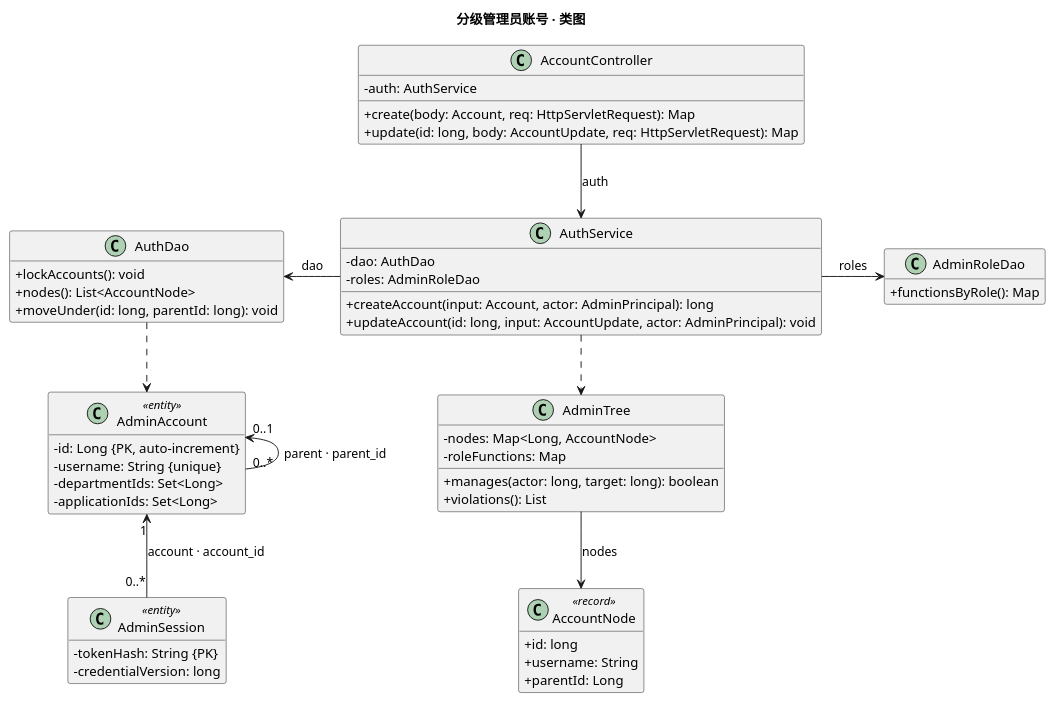
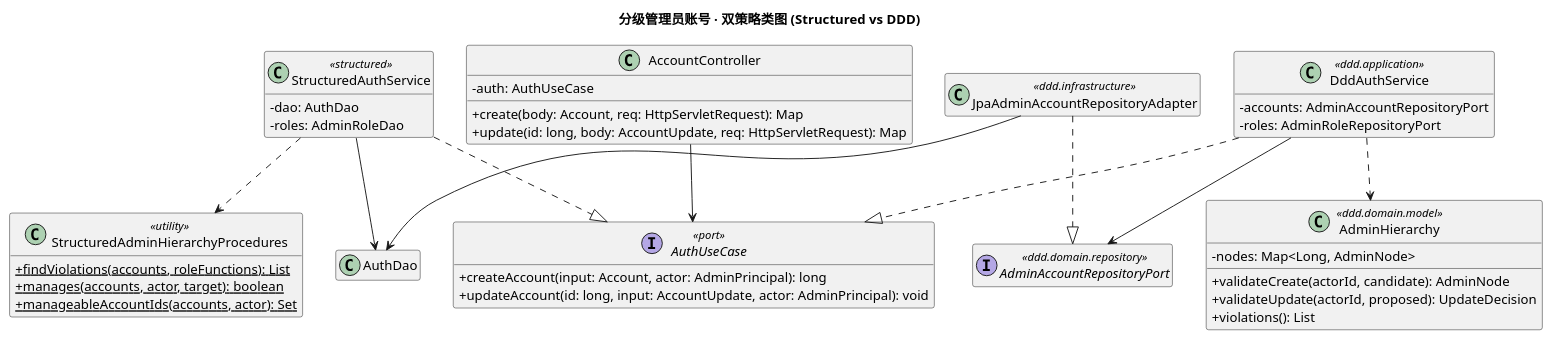
The diagram in doc/uml/admin-account-class.puml (IKEA-v/MelonHub), drawn with PlantUML before and after one commit. The commit also changed 129 other files, not shown here.

First line of the commit message:
refactor(backend): separate strict structured and DDD backend strategies

```diff
--- a/doc/uml/admin-account-class.puml
+++ b/doc/uml/admin-account-class.puml
@@ -1,54 +1,47 @@
 @startuml
-title 分级管理员账号 · 类图
+title 分级管理员账号 · 双策略类图 (Structured vs DDD)
 skinparam classAttributeIconSize 0
 skinparam shadowing false
 hide empty members
 class AccountController {
-  - auth: AuthService
+  - auth: AuthUseCase
   + create(body: Account, req: HttpServletRequest): Map
   + update(id: long, body: AccountUpdate, req: HttpServletRequest): Map
 }
-class AuthService {
-  - dao: AuthDao
-  - roles: AdminRoleDao
+interface AuthUseCase <<port>> {
   + createAccount(input: Account, actor: AdminPrincipal): long
   + updateAccount(id: long, input: AccountUpdate, actor: AdminPrincipal): void
 }
-class AdminTree {
-  - nodes: Map<Long, AccountNode>
-  - roleFunctions: Map
-  + manages(actor: long, target: long): boolean
+class StructuredAuthService <<structured>> {
+  - dao: AuthDao
+  - roles: AdminRoleDao
+}
+class StructuredAdminHierarchyProcedures <<utility>> {
+  + {static} findViolations(accounts, roleFunctions): List
+  + {static} manages(accounts, actor, target): boolean
+  + {static} manageableAccountIds(accounts, actor): Set
+}
+class DddAuthService <<ddd.application>> {
+  - accounts: AdminAccountRepositoryPort
+  - roles: AdminRoleRepositoryPort
+}
+class AdminHierarchy <<ddd.domain.model>> {
+  - nodes: Map<Long, AdminNode>
+  + validateCreate(actorId, candidate): AdminNode
+  + validateUpdate(actorId, proposed): UpdateDecision
   + violations(): List
 }
-class AuthDao {
-  + lockAccounts(): void
-  + nodes(): List<AccountNode>
-  + moveUnder(id: long, parentId: long): void
-}
-class AdminRoleDao {
-  + functionsByRole(): Map
-}
-class AdminAccount <<entity>> {
-  - id: Long {PK, auto-increment}
-  - username: String {unique}
-  - departmentIds: Set<Long>
-  - applicationIds: Set<Long>
-}
-class AdminSession <<entity>> {
-  - tokenHash: String {PK}
-  - credentialVersion: long
-}
-class AccountNode <<record>> {
-  + id: long
-  + username: String
-  + parentId: Long
-}
-AccountController -down-> AuthService : auth
-AuthService -left-> AuthDao : dao
-AuthService -right-> AdminRoleDao : roles
-AuthService ..down> AdminTree
-AdminTree -down-> AccountNode : nodes
-AuthDao ..down> AdminAccount
-AdminAccount "0..*" -left-> "0..1" AdminAccount : parent · parent_id
-AdminSession "0..*" -up-> "1" AdminAccount : account · account_id
+interface AdminAccountRepositoryPort <<ddd.domain.repository>>
+class JpaAdminAccountRepositoryAdapter <<ddd.infrastructure>>
+class AuthDao
+
+AccountController --> AuthUseCase
+StructuredAuthService ..|> AuthUseCase
+DddAuthService ..|> AuthUseCase
+StructuredAuthService ..> StructuredAdminHierarchyProcedures
+StructuredAuthService --> AuthDao
+DddAuthService ..> AdminHierarchy
+DddAuthService --> AdminAccountRepositoryPort
+JpaAdminAccountRepositoryAdapter ..|> AdminAccountRepositoryPort
+JpaAdminAccountRepositoryAdapter --> AuthDao
 @enduml
```
